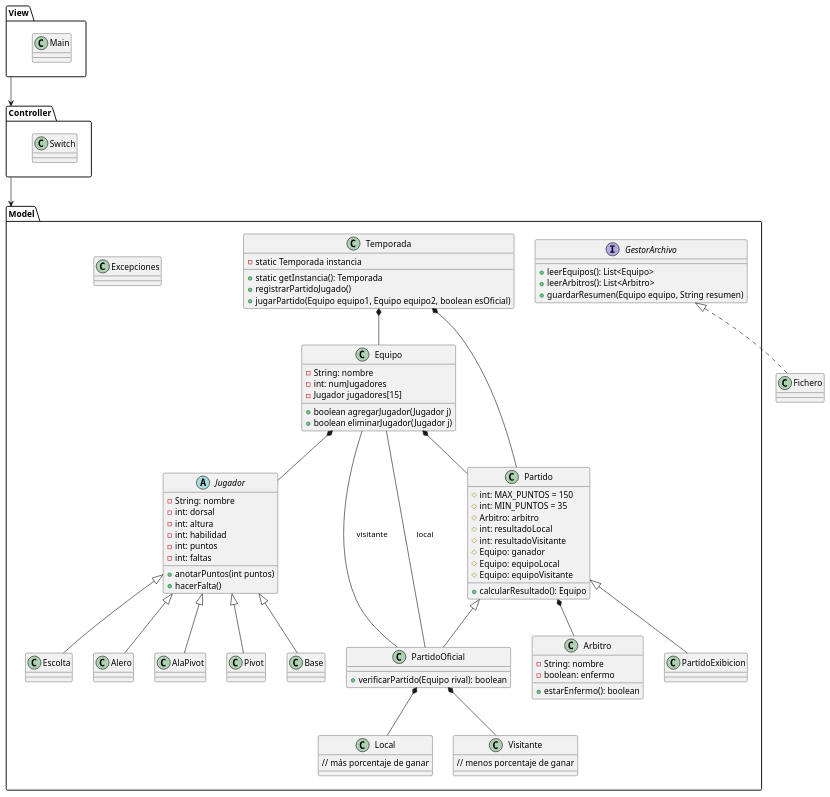
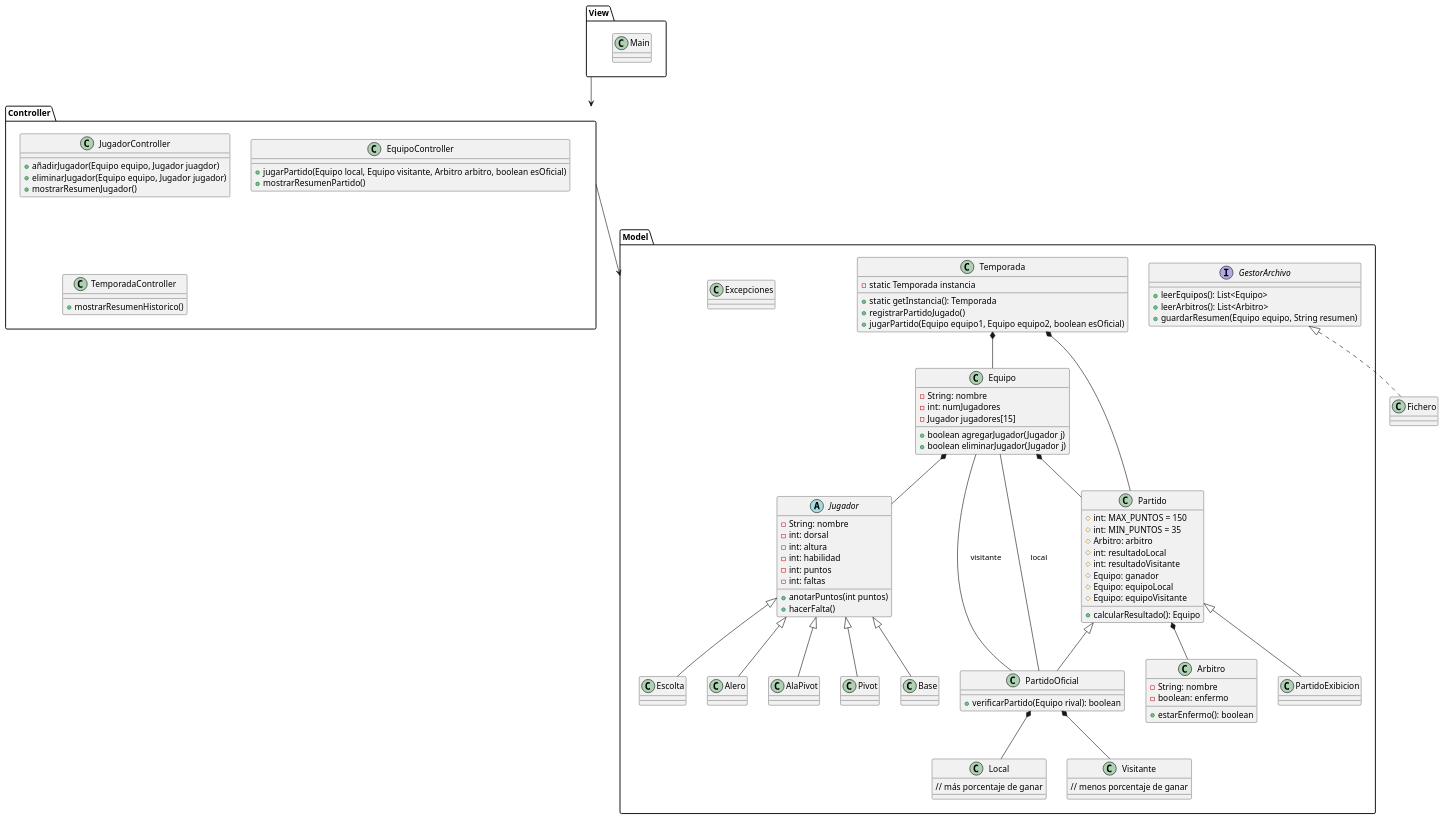
The diagram in practica/disenyo/disenyo.pu (Jorgge22/Practica_3Evaluacion), drawn with PlantUML before and after one commit. The commit also changed 26 other files, not shown here.

```diff
--- a/practica/disenyo/disenyo.pu
+++ b/practica/disenyo/disenyo.pu
@@ -1,123 +1,136 @@
 @startuml basket
 top to bottom direction
 
 package Model{
     class Equipo {
         -String: nombre
         -int: numJugadores
         -Jugador jugadores[15]
         +boolean agregarJugador(Jugador j)
         +boolean eliminarJugador(Jugador j)
     }
 
     abstract class Jugador {
         -String: nombre
         -int: dorsal
         -int: altura
         -int: habilidad
         -int: puntos
         -int: faltas
         +anotarPuntos(int puntos)
         +hacerFalta()
     }
 
     class Base {
     }
 
     class Escolta {
     }
 
     class Alero {
     }
 
     class AlaPivot {
     }
 
     class Pivot {
     }
 
     class Partido {
         #int: MAX_PUNTOS = 150
         #int: MIN_PUNTOS = 35
         #Arbitro: arbitro
         #int: resultadoLocal
         #int: resultadoVisitante
         #Equipo: ganador
         #Equipo: equipoLocal
         #Equipo: equipoVisitante
         +calcularResultado(): Equipo
     }
 
     class PartidoExibicion {
     }
 
     class PartidoOficial {
         +verificarPartido(Equipo rival): boolean
     }
 
     class Local {
         // más porcentaje de ganar
     }
 
     class Visitante {
         // menos porcentaje de ganar
     }
 
     class Arbitro {
         -String: nombre
         -boolean: enfermo
         +estarEnfermo(): boolean
     }
 
     interface GestorArchivo {
         +leerEquipos(): List<Equipo>
         +leerArbitros(): List<Arbitro>
         +guardarResumen(Equipo equipo, String resumen)
     }
 
     class Temporada {
         -static Temporada instancia
         +static getInstancia(): Temporada
         +registrarPartidoJugado()
         +jugarPartido(Equipo equipo1, Equipo equipo2, boolean esOficial)
     }
 
     class Excepciones{
     }
 }
 
 package View{
     class Main{}
 }
 
 package Controller{
-    class Switch{}
+    class JugadorController{
+        +añadirJugador(Equipo equipo, Jugador juagdor)
+        +eliminarJugador(Equipo equipo, Jugador jugador)
+        +mostrarResumenJugador()
+    }
+
+    class EquipoController{
+        +jugarPartido(Equipo local, Equipo visitante, Arbitro arbitro, boolean esOficial)
+        +mostrarResumenPartido()
+    }
+
+    class TemporadaController{
+        +mostrarResumenHistorico()
+    }
 }
 
 Temporada *-- Partido
 Temporada *-- Equipo
 
 Equipo *-- Jugador
 Equipo *-- Partido
 
 Jugador <|-- Base
 Jugador <|-- Escolta
 Jugador <|-- Alero
 Jugador <|-- AlaPivot
 Jugador <|-- Pivot
 
 Partido *-- Arbitro
 Partido <|-- PartidoOficial
 Partido <|-- PartidoExibicion
 
 PartidoOficial *-- Local
 PartidoOficial *-- Visitante
 PartidoOficial -- Equipo : local
 PartidoOficial -- Equipo : visitante
 
 GestorArchivo <|.. Fichero
 
 View --> Controller
 Controller --> Model
 
 @enduml
```
